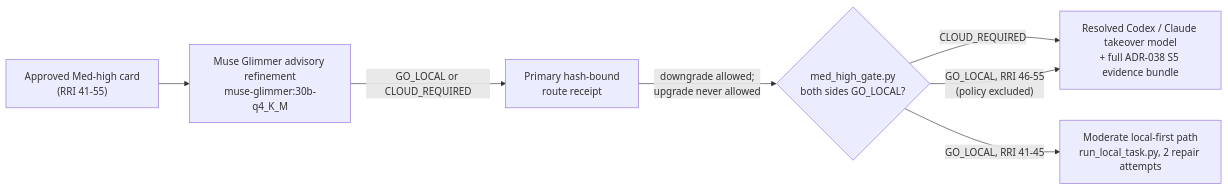
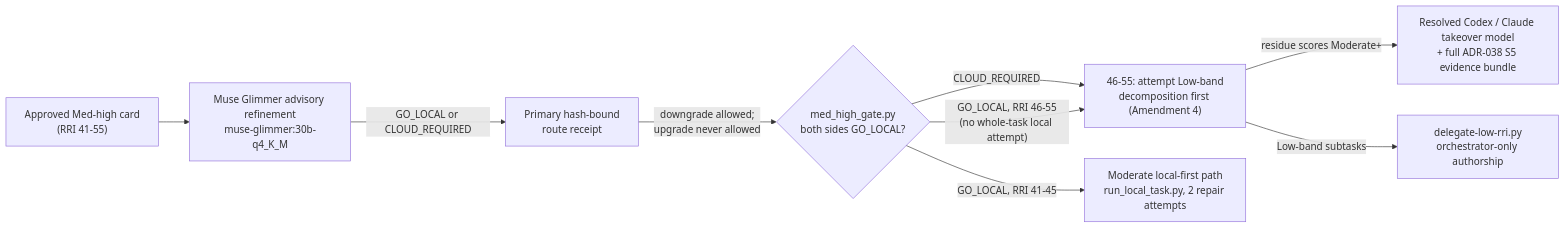
One commit to krukmat/dubbridge changed the first of 2 diagrams in docs/playbooks/AGENT_WORKFLOW_GUIDE.md. Above: the diagram before and after it, drawn with Mermaid. The commit also changed other lines of this file and 7 other files, not shown here.

First line of the commit message:
docs(mvp0-p2p): add ADR-038 Amendment 4, decompose and approve P1.A2

````diff
--- a/docs/playbooks/AGENT_WORKFLOW_GUIDE.md
+++ b/docs/playbooks/AGENT_WORKFLOW_GUIDE.md
@@ -417,9 +421,11 @@
 ```mermaid
 flowchart LR
     Card["Approved Med-high card\n(RRI 41-55)"] --> Glimmer["Muse Glimmer advisory refinement\nmuse-glimmer:30b-q4_K_M"]
     Glimmer -->|GO_LOCAL or CLOUD_REQUIRED| Receipt["Primary hash-bound\nroute receipt"]
     Receipt -->|"downgrade allowed;\nupgrade never allowed"| Gate{"med_high_gate.py\nboth sides GO_LOCAL?"}
-    Gate -->|CLOUD_REQUIRED| Cloud["Resolved Codex / Claude takeover model\n+ full ADR-038 S5 evidence bundle"]
-    Gate -->|"GO_LOCAL, RRI 46-55\n(policy excluded)"| Cloud
+    Gate -->|CLOUD_REQUIRED| Decompose46["46-55: attempt Low-band\ndecomposition first (Amendment 4)"]
+    Gate -->|"GO_LOCAL, RRI 46-55\n(no whole-task local attempt)"| Decompose46
+    Decompose46 -->|"residue scores Moderate+"| Cloud["Resolved Codex / Claude takeover model\n+ full ADR-038 S5 evidence bundle"]
+    Decompose46 -->|"Low-band subtasks"| DelegateLow["delegate-low-rri.py\norchestrator-only authorship"]
     Gate -->|"GO_LOCAL, RRI 41-45"| LocalFirst["Moderate local-first path\nrun_local_task.py, 2 repair attempts"]
 ```
````
